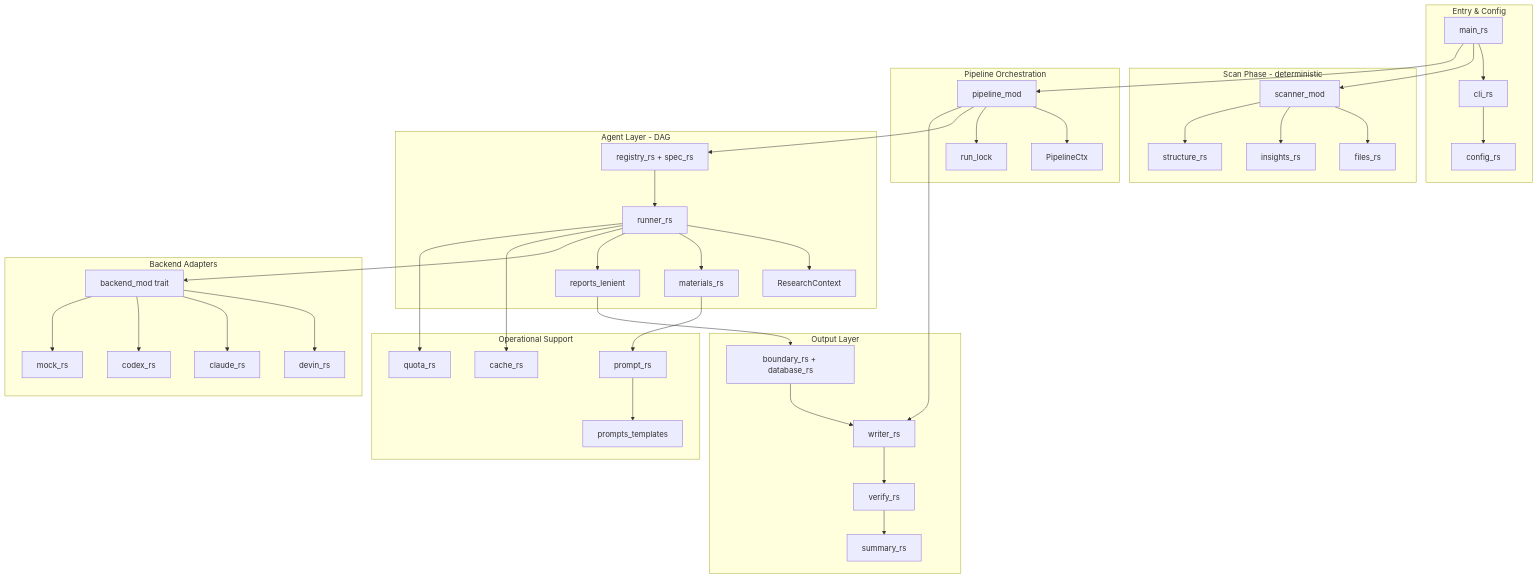
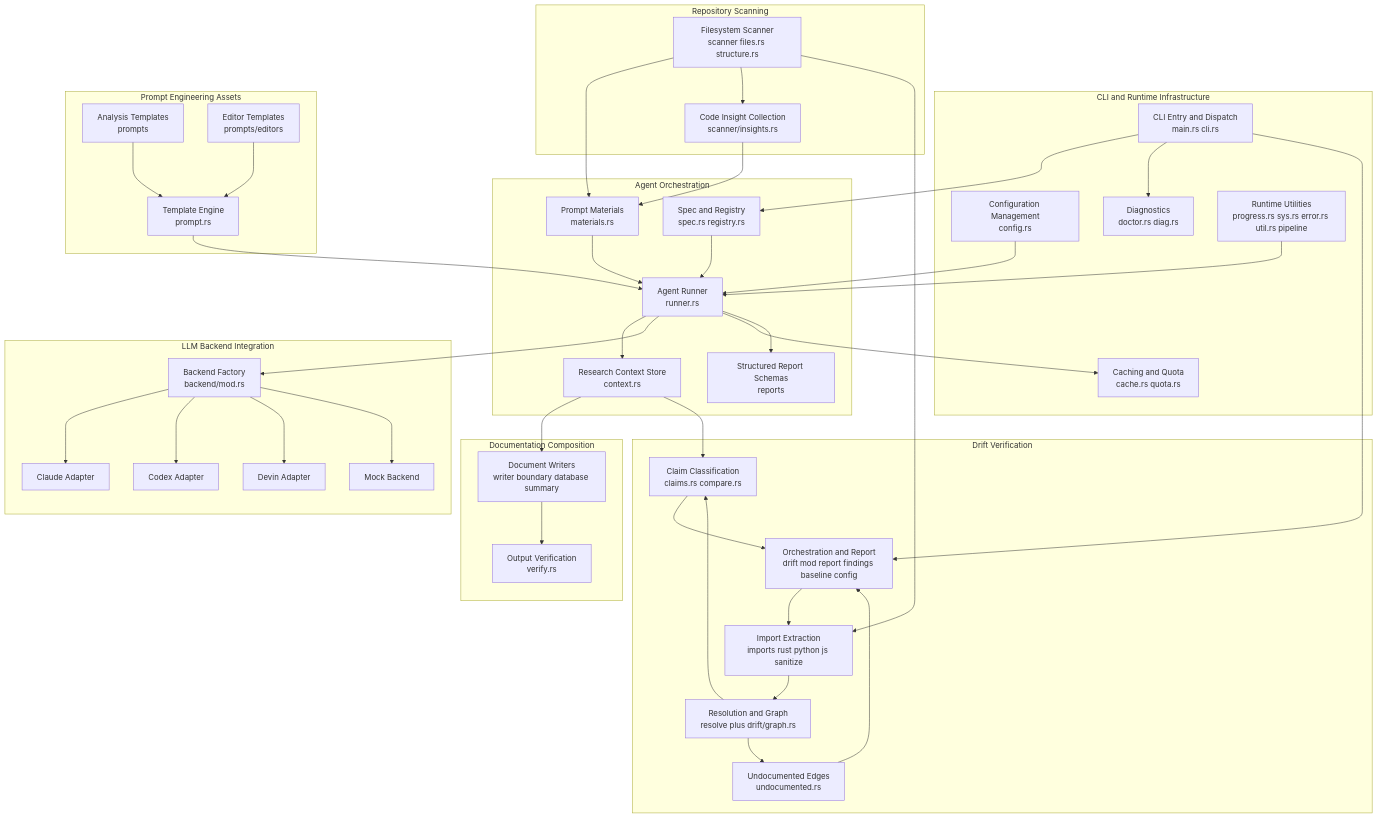
Before and after one commit to tidusvn05/agentwiki: the third of 8 diagrams in docs/en/2.Architecture.md, drawn with Mermaid. The commit also changed other lines of this file and 49 other files, not shown here.

````diff
--- a/docs/en/2.Architecture.md
+++ b/docs/en/2.Architecture.md
@@ -22,78 +106,82 @@
 ```mermaid
 flowchart TD
-    subgraph Entry["Entry & Config"]
-        main[main_rs]
-        cli[cli_rs]
-        config[config_rs]
+    subgraph infra[CLI and Runtime Infrastructure]
+        CLI[CLI Entry and Dispatch<br/>main.rs cli.rs]
+        CFG[Configuration Management<br/>config.rs]
+        CQ[Caching and Quota<br/>cache.rs quota.rs]
+        DOC[Diagnostics<br/>doctor.rs diag.rs]
+        UTIL[Runtime Utilities<br/>progress.rs sys.rs error.rs util.rs pipeline]
     end
 
-    subgraph Scan["Scan Phase - deterministic"]
-        scanner[scanner_mod]
-        files[files_rs]
-        insights[insights_rs]
-        structure[structure_rs]
+    subgraph scan[Repository Scanning]
+        FS[Filesystem Scanner<br/>scanner files.rs structure.rs]
+        INS[Code Insight Collection<br/>scanner/insights.rs]
     end
 
-    subgraph Orchestration["Pipeline Orchestration"]
-        pipeline[pipeline_mod]
-        ctx[PipelineCtx]
-        lock[run_lock]
+    subgraph agent[Agent Orchestration]
+        REG[Spec and Registry<br/>spec.rs registry.rs]
+        RUN[Agent Runner<br/>runner.rs]
+        CTX[Research Context Store<br/>context.rs]
+        MAT[Prompt Materials<br/>materials.rs]
+        RPT[Structured Report Schemas<br/>reports]
     end
 
-    subgraph Agents["Agent Layer - DAG"]
-        registry[registry_rs + spec_rs]
-        runner[runner_rs]
-        rctx[ResearchContext]
-        materials[materials_rs]
-        reports[reports_lenient]
+    subgraph backend[LLM Backend Integration]
+        FAC[Backend Factory<br/>backend/mod.rs]
+        AD_CLA[Claude Adapter]
+        AD_COD[Codex Adapter]
+        AD_DEV[Devin Adapter]
+        AD_MOCK[Mock Backend]
     end
 
-    subgraph Backends["Backend Adapters"]
-        backend[backend_mod trait]
-        devin[devin_rs]
-        claude[claude_rs]
-        codex[codex_rs]
-        mock[mock_rs]
+    subgraph prompts[Prompt Engineering Assets]
+        TPL[Analysis Templates<br/>prompts]
+        EDT[Editor Templates<br/>prompts/editors]
+        ENG[Template Engine<br/>prompt.rs]
     end
 
-    subgraph Ops["Operational Support"]
-        cache[cache_rs]
-        quota[quota_rs]
-        prompt[prompt_rs]
-        prompts_dir[prompts_templates]
+    subgraph out[Documentation Composition]
+        WR[Document Writers<br/>writer boundary database summary]
+        VER[Output Verification<br/>verify.rs]
     end
 
-    subgraph Output["Output Layer"]
-        writer[writer_rs]
-        boundary[boundary_rs + database_rs]
-        verify[verify_rs]
-        summary[summary_rs]
+    subgraph drift[Drift Verification]
+        DOR[Orchestration and Report<br/>drift mod report findings baseline config]
+        IMP[Import Extraction<br/>imports rust python js sanitize]
+        RES[Resolution and Graph<br/>resolve plus drift/graph.rs]
+        CMP[Claim Classification<br/>claims.rs compare.rs]
+        UND[Undocumented Edges<br/>undocumented.rs]
     end
 
-    main --> cli --> config
-    main --> scanner
-    scanner --> files
-    scanner --> insights
-    scanner --> structure
-    main --> pipeline
-    pipeline --> ctx
-    pipeline --> lock
-    pipeline --> registry
-    registry --> runner
-    runner --> rctx
-    runner --> materials
-    runner --> reports
-    runner --> backend
-    backend --> devin
-    backend --> claude
-    backend --> codex
-    backend --> mock
-    runner --> cache
-    runner --> quota
-    materials --> prompt
-    prompt --> prompts_dir
-    pipeline --> writer
-    reports --> boundary
-    boundary --> writer
-    writer --> verify --> summary
+    CLI --> REG
+    CLI --> DOC
+    CLI --> DOR
+    CFG --> RUN
+    FS --> MAT
+    FS --> INS
+    INS --> MAT
+    REG --> RUN
+    RUN --> CTX
+    MAT --> RUN
+    TPL --> ENG
+    EDT --> ENG
+    ENG --> RUN
+    RUN --> FAC
+    FAC --> AD_CLA
+    FAC --> AD_COD
+    FAC --> AD_DEV
+    FAC --> AD_MOCK
+    RUN --> CQ
+    RUN --> RPT
+    CTX --> WR
+    WR --> VER
+    DOR --> IMP
+    IMP --> RES
+    RES --> CMP
+    CMP --> DOR
+    RES --> UND
+    UND --> DOR
+    FS --> IMP
+    CTX --> CMP
+    UTIL --> RUN
 ```
````
